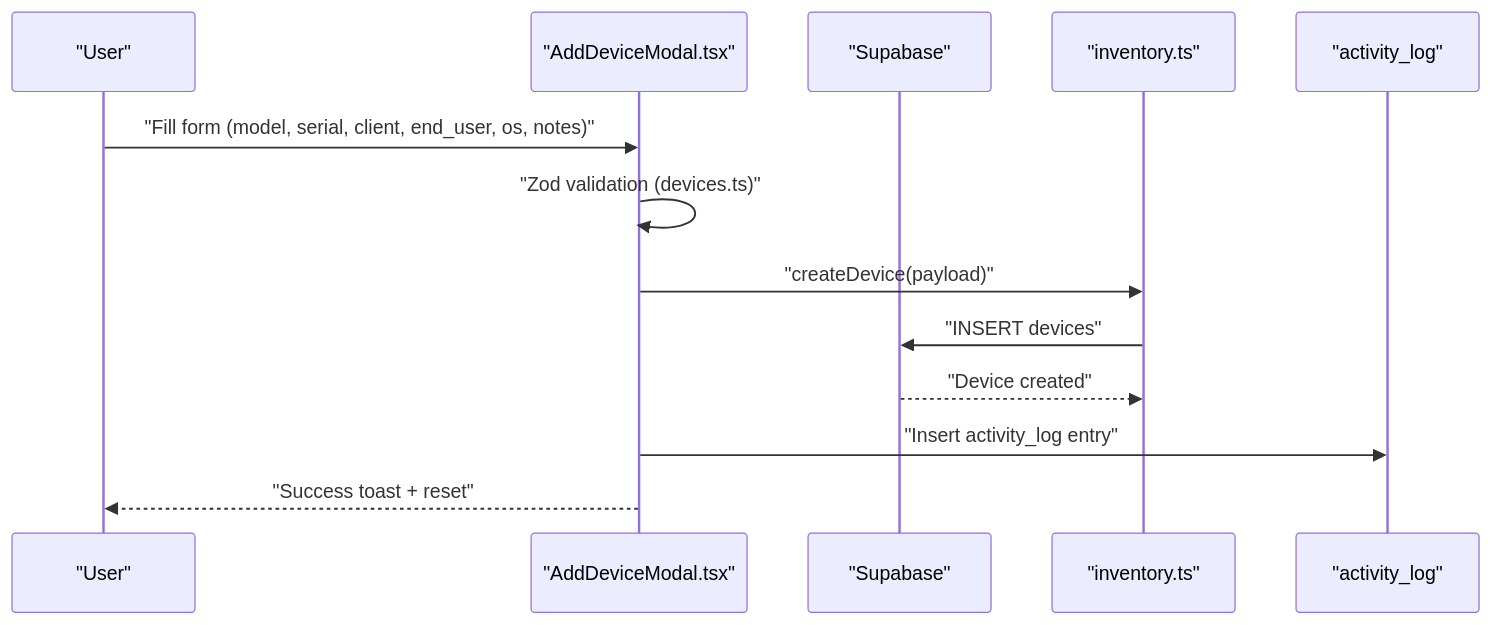
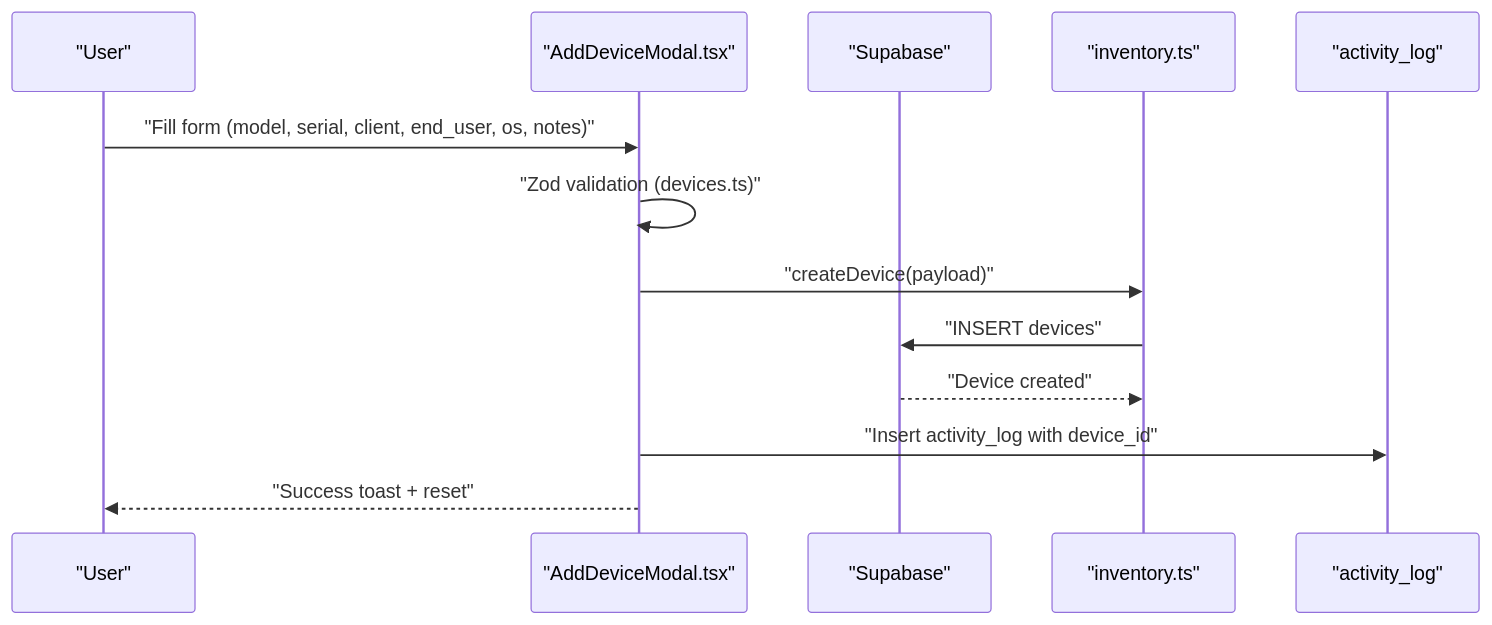
The second of 9 diagrams in .qoder/repowiki/en/content/Device Management System/Device Management System.md (gastaldellomarco/pcReady), drawn with Mermaid before and after one commit. The commit also changed other lines of this file and 5 other files, not shown here.

````diff
--- a/.qoder/repowiki/en/content/Device Management System/Device Management System.md
+++ b/.qoder/repowiki/en/content/Device Management System/Device Management System.md
@@ -139,15 +149,15 @@
 ```mermaid
 sequenceDiagram
 participant U as "User"
 participant UI as "AddDeviceModal.tsx"
 participant S as "Supabase"
 participant Q as "inventory.ts"
 participant A as "activity_log"
 U->>UI : "Fill form (model, serial, client, end_user, os, notes)"
 UI->>UI : "Zod validation (devices.ts)"
 UI->>Q : "createDevice(payload)"
 Q->>S : "INSERT devices"
 S-->>Q : "Device created"
-UI->>A : "Insert activity_log entry"
+UI->>A : "Insert activity_log with device_id"
 UI-->>U : "Success toast + reset"
 ```
````
